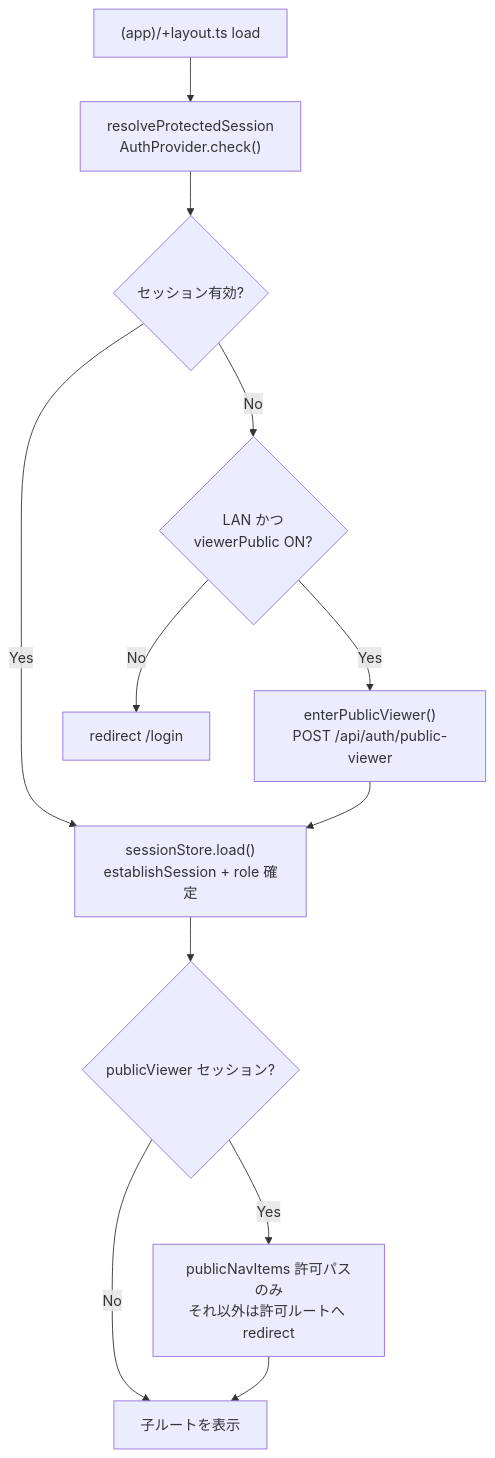
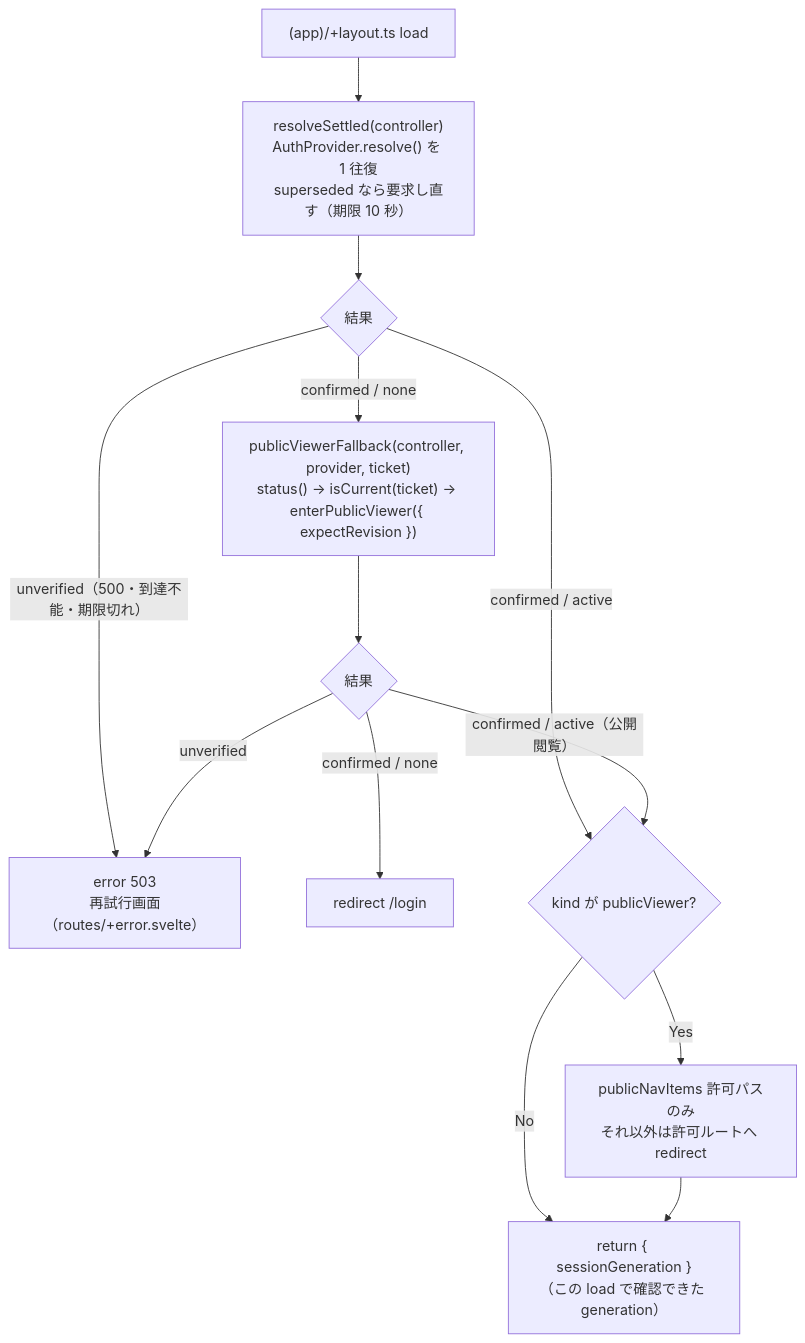
The second of 11 diagrams in docs/architecture-flows.md (tyaro/banto), drawn with Mermaid before and after one commit. The commit also changed other lines of this file and 9 other files, not shown here.

````diff
--- a/docs/architecture-flows.md
+++ b/docs/architecture-flows.md
@@ -55,24 +55,26 @@
 ```mermaid
 flowchart TD
   GUARD["(app)/+layout.ts load"]
-  CHECK["resolveProtectedSession<br/>AuthProvider.check()"]
-  OK{"セッション有効?"}
-  PV{"LAN かつ<br/>viewerPublic ON?"}
-  ENTER["enterPublicViewer()<br/>POST /api/auth/public-viewer"]
+  RESOLVE["resolveSettled(controller)<br/>AuthProvider.resolve() を 1 往復<br/>superseded なら要求し直す（期限 10 秒）"]
+  R1{"結果"}
+  E503["error 503<br/>再試行画面（routes/+error.svelte）"]
+  PVF["publicViewerFallback(controller, provider, ticket)<br/>status() → isCurrent(ticket) → enterPublicViewer({ expectRevision })"]
+  R2{"結果"}
   LOGIN["redirect /login"]
-  LOAD["sessionStore.load()<br/>establishSession + role 確定"]
-  ALLOW{"publicViewer セッション?"}
+  ALLOW{"kind が publicViewer?"}
   NAV["publicNavItems 許可パスのみ<br/>それ以外は許可ルートへ redirect"]
+  RET["return { sessionGeneration }<br/>（この load で確認できた generation）"]
 
-  GUARD --> CHECK
-  CHECK --> OK
-  OK -->|Yes| LOAD
-  OK -->|No| PV
-  PV -->|Yes| ENTER
-  ENTER --> LOAD
-  PV -->|No| LOGIN
-  LOAD --> ALLOW
+  GUARD --> RESOLVE
+  RESOLVE --> R1
+  R1 -->|"unverified（500・到達不能・期限切れ）"| E503
+  R1 -->|"confirmed / active"| ALLOW
+  R1 -->|"confirmed / none"| PVF
+  PVF --> R2
+  R2 -->|unverified| E503
+  R2 -->|"confirmed / none"| LOGIN
+  R2 -->|"confirmed / active（公開閲覧）"| ALLOW
   ALLOW -->|Yes| NAV
-  ALLOW -->|No| PAGE["子ルートを表示"]
-  NAV --> PAGE
+  ALLOW -->|No| RET
+  NAV --> RET
 ```
````
